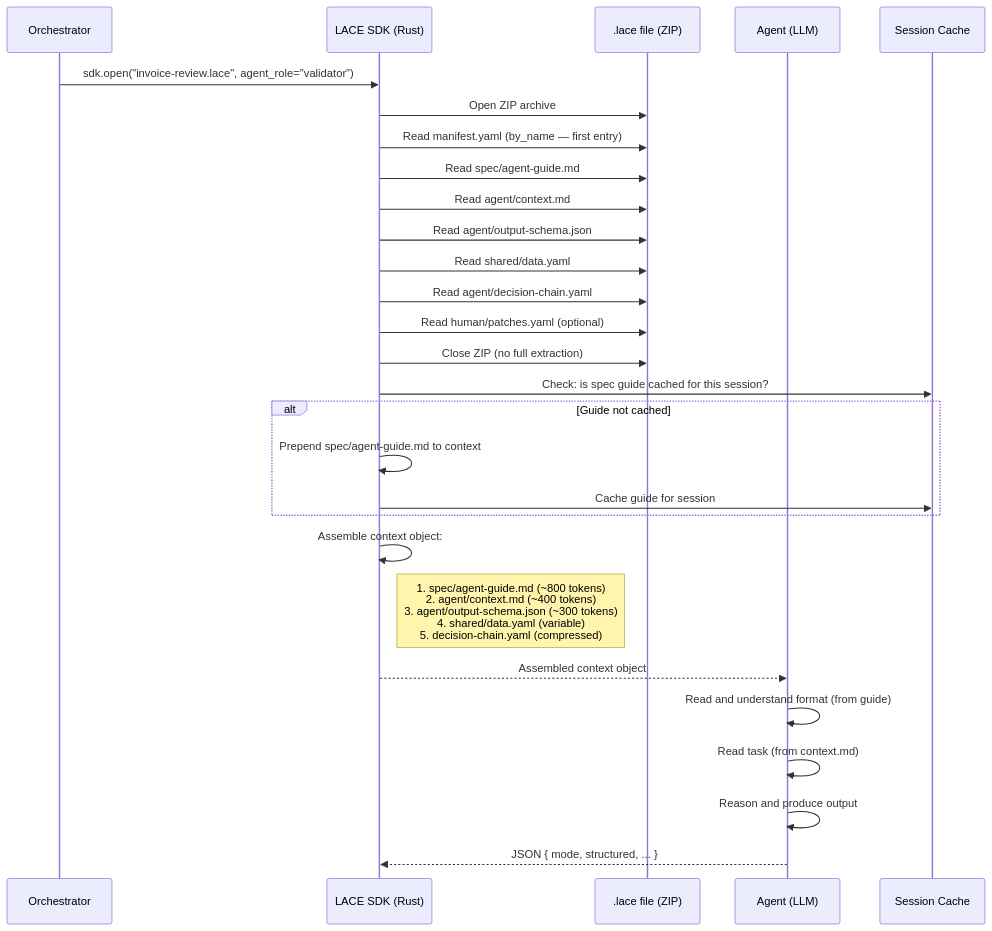
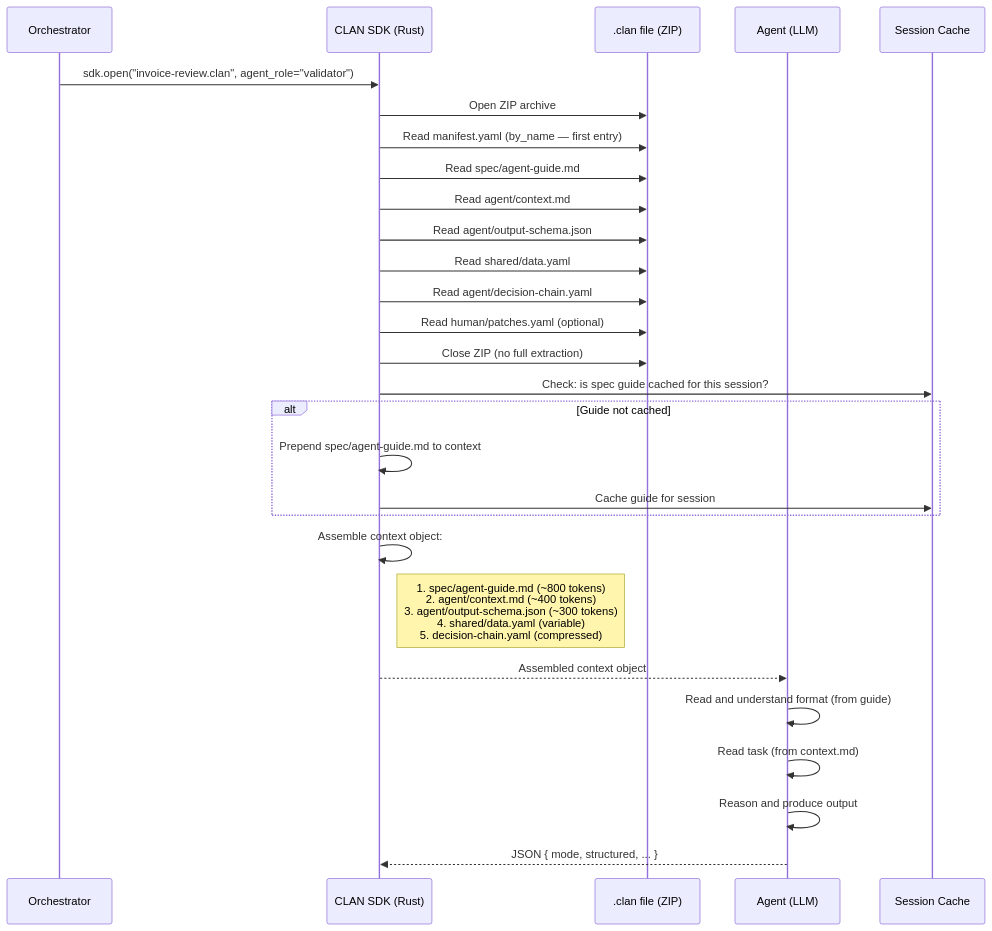
One commit to batunii/napkin-os changed the second of 8 diagrams in SEQUENCE-DIAGRAMS.md. Above: the diagram before and after it, drawn with Mermaid. The commit also changed other lines of this file and 7 other files, not shown here.

First line of the commit message:
Rename LACE → CLAN throughout

````diff
--- a/SEQUENCE-DIAGRAMS.md
+++ b/SEQUENCE-DIAGRAMS.md
@@ -70,36 +70,36 @@
 ```mermaid
 sequenceDiagram
     participant Pipeline as Orchestrator
-    participant SDK as LACE SDK (Rust)
-    participant LACE as .lace file (ZIP)
+    participant SDK as CLAN SDK (Rust)
+    participant CLAN as .clan file (ZIP)
     participant Agent as Agent (LLM)
     participant Cache as Session Cache
 
-    Pipeline->>SDK: sdk.open("invoice-review.lace", agent_role="validator")
+    Pipeline->>SDK: sdk.open("invoice-review.clan", agent_role="validator")
 
-    SDK->>LACE: Open ZIP archive
-    SDK->>LACE: Read manifest.yaml (by_name — first entry)
-    SDK->>LACE: Read spec/agent-guide.md
-    SDK->>LACE: Read agent/context.md
-    SDK->>LACE: Read agent/output-schema.json
-    SDK->>LACE: Read shared/data.yaml
-    SDK->>LACE: Read agent/decision-chain.yaml
-    SDK->>LACE: Read human/patches.yaml (optional)
-    SDK->>LACE: Close ZIP (no full extraction)
+    SDK->>CLAN: Open ZIP archive
+    SDK->>CLAN: Read manifest.yaml (by_name — first entry)
+    SDK->>CLAN: Read spec/agent-guide.md
+    SDK->>CLAN: Read agent/context.md
+    SDK->>CLAN: Read agent/output-schema.json
+    SDK->>CLAN: Read shared/data.yaml
+    SDK->>CLAN: Read agent/decision-chain.yaml
+    SDK->>CLAN: Read human/patches.yaml (optional)
+    SDK->>CLAN: Close ZIP (no full extraction)
 
     SDK->>Cache: Check: is spec guide cached for this session?
 
     alt Guide not cached
         SDK->>SDK: Prepend spec/agent-guide.md to context
         SDK->>Cache: Cache guide for session
     end
 
     SDK->>SDK: Assemble context object:
     note right of SDK: 1. spec/agent-guide.md (~800 tokens)<br/>2. agent/context.md (~400 tokens)<br/>3. agent/output-schema.json (~300 tokens)<br/>4. shared/data.yaml (variable)<br/>5. decision-chain.yaml (compressed)
 
     SDK-->>Agent: Assembled context object
     Agent->>Agent: Read and understand format (from guide)
     Agent->>Agent: Read task (from context.md)
     Agent->>Agent: Reason and produce output
     Agent-->>SDK: JSON { mode, structured, ... }
 ```
````
